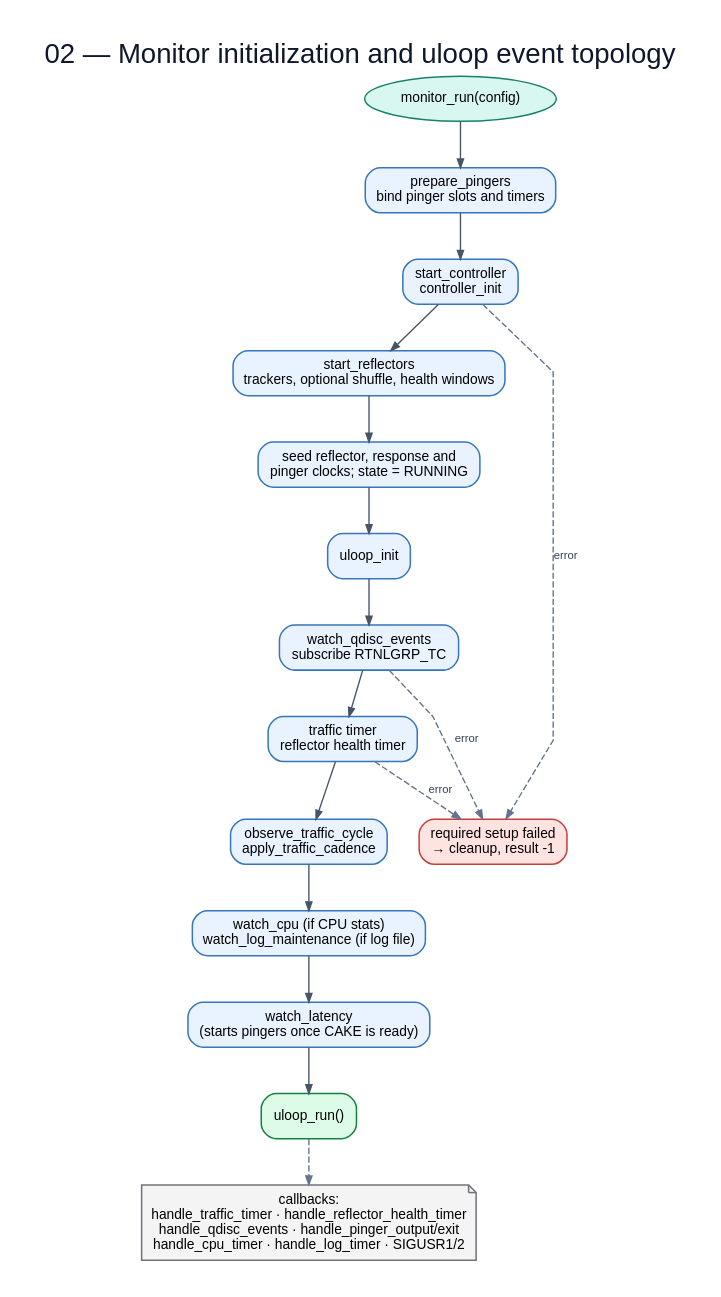
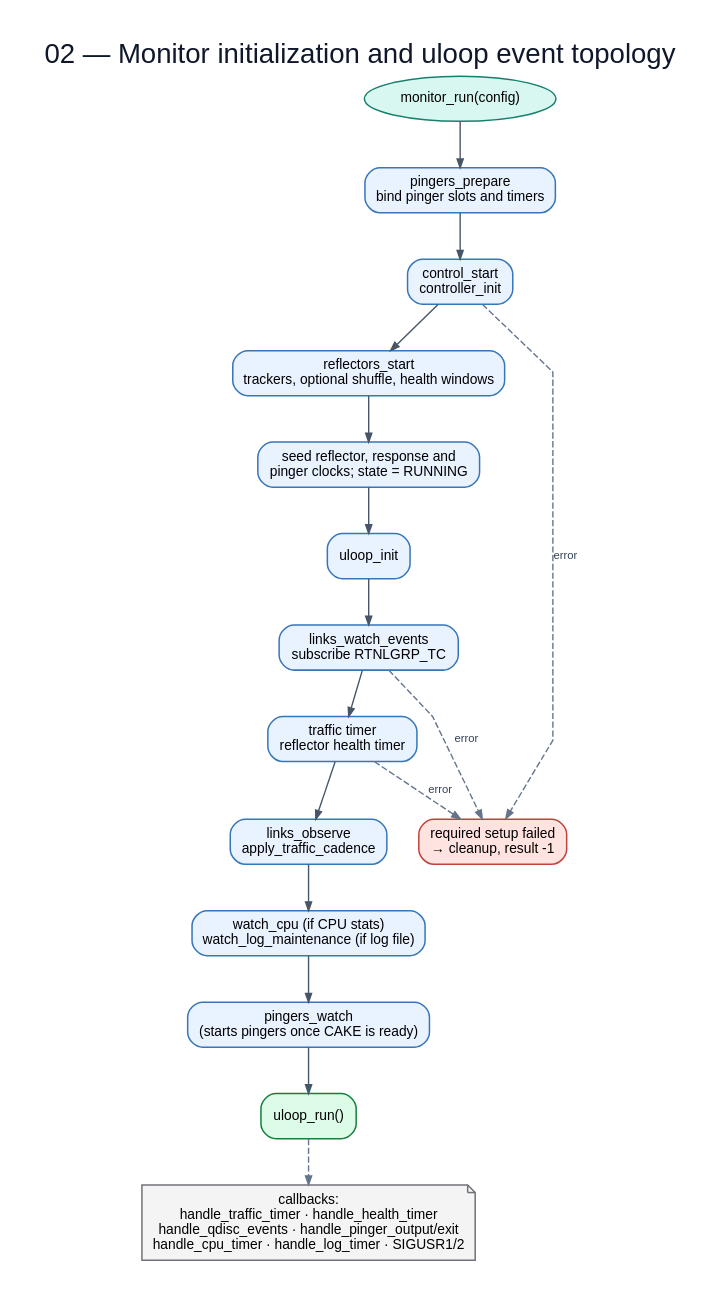
Before and after one commit to huydoan94/cake-adapt: the diagram in flowchart/diagrams/02-monitor-initialization.dot, drawn with Graphviz. The commit also changed 19 other files, not shown here.

First line of the commit message:
Regenerate the flowcharts for the restructured monitor

```diff
--- a/flowchart/diagrams/02-monitor-initialization.dot
+++ b/flowchart/diagrams/02-monitor-initialization.dot
@@ -1,34 +1,34 @@
 digraph G {
   graph [rankdir=TB,bgcolor="white",pad="0.30",nodesep="0.35",ranksep="0.48",splines=polyline,fontname="Arial",label="02 — Monitor initialization and uloop event topology",labelloc=t,fontsize=22,fontcolor="#0f172a"];
   node [fontname="Arial",fontsize=11,margin="0.14,0.09",penwidth=1.2];
   edge [fontname="Arial",fontsize=9,color="#475569",fontcolor="#334155",arrowsize=0.7,penwidth=1.1];
   start [label="monitor_run(config)",shape=oval,style="filled",fillcolor="#d9f7f1",color="#17806d"];
-  pingers [label="prepare_pingers\nbind pinger slots and timers",shape=box,style="rounded,filled",fillcolor="#e9f2ff",color="#3676b9"];
-  controller [label="start_controller\ncontroller_init",shape=box,style="rounded,filled",fillcolor="#e9f2ff",color="#3676b9"];
-  reflectors [label="start_reflectors\ntrackers, optional shuffle, health windows",shape=box,style="rounded,filled",fillcolor="#e9f2ff",color="#3676b9"];
+  pingers [label="pingers_prepare\nbind pinger slots and timers",shape=box,style="rounded,filled",fillcolor="#e9f2ff",color="#3676b9"];
+  controller [label="control_start\ncontroller_init",shape=box,style="rounded,filled",fillcolor="#e9f2ff",color="#3676b9"];
+  reflectors [label="reflectors_start\ntrackers, optional shuffle, health windows",shape=box,style="rounded,filled",fillcolor="#e9f2ff",color="#3676b9"];
   clocks [label="seed reflector, response and\npinger clocks; state = RUNNING",shape=box,style="rounded,filled",fillcolor="#e9f2ff",color="#3676b9"];
   uloop [label="uloop_init",shape=box,style="rounded,filled",fillcolor="#e9f2ff",color="#3676b9"];
-  events [label="watch_qdisc_events\nsubscribe RTNLGRP_TC",shape=box,style="rounded,filled",fillcolor="#e9f2ff",color="#3676b9"];
+  events [label="links_watch_events\nsubscribe RTNLGRP_TC",shape=box,style="rounded,filled",fillcolor="#e9f2ff",color="#3676b9"];
   timers [label="traffic timer\nreflector health timer",shape=box,style="rounded,filled",fillcolor="#e9f2ff",color="#3676b9"];
-  first [label="observe_traffic_cycle\napply_traffic_cadence",shape=box,style="rounded,filled",fillcolor="#e9f2ff",color="#3676b9"];
+  first [label="links_observe\napply_traffic_cadence",shape=box,style="rounded,filled",fillcolor="#e9f2ff",color="#3676b9"];
   optional [label="watch_cpu (if CPU stats)\nwatch_log_maintenance (if log file)",shape=box,style="rounded,filled",fillcolor="#e9f2ff",color="#3676b9"];
-  latency [label="watch_latency\n(starts pingers once CAKE is ready)",shape=box,style="rounded,filled",fillcolor="#e9f2ff",color="#3676b9"];
+  latency [label="pingers_watch\n(starts pingers once CAKE is ready)",shape=box,style="rounded,filled",fillcolor="#e9f2ff",color="#3676b9"];
   run [label="uloop_run()",shape=box,style="rounded,filled,bold",fillcolor="#dcfce7",color="#15803d"];
   fail [label="required setup failed\n→ cleanup, result -1",shape=box,style="rounded,filled",fillcolor="#ffe3e0",color="#c2413b"];
-  cb [label="callbacks:\nhandle_traffic_timer · handle_reflector_health_timer\nhandle_qdisc_events · handle_pinger_output/exit\nhandle_cpu_timer · handle_log_timer · SIGUSR1/2",shape=note,style="filled",fillcolor="#f4f4f5",color="#71717a"];
+  cb [label="callbacks:\nhandle_traffic_timer · handle_health_timer\nhandle_qdisc_events · handle_pinger_output/exit\nhandle_cpu_timer · handle_log_timer · SIGUSR1/2",shape=note,style="filled",fillcolor="#f4f4f5",color="#71717a"];
   start -> pingers;
   pingers -> controller;
   controller -> reflectors;
   reflectors -> clocks;
   clocks -> uloop;
   uloop -> events;
   events -> timers;
   timers -> first;
   first -> optional;
   optional -> latency;
   latency -> run;
   controller -> fail [label="error",style=dashed,color="#64748b"];
   events -> fail [label="error",style=dashed,color="#64748b"];
   timers -> fail [label="error",style=dashed,color="#64748b"];
   run -> cb [style=dashed,color="#64748b"];
 }
```
